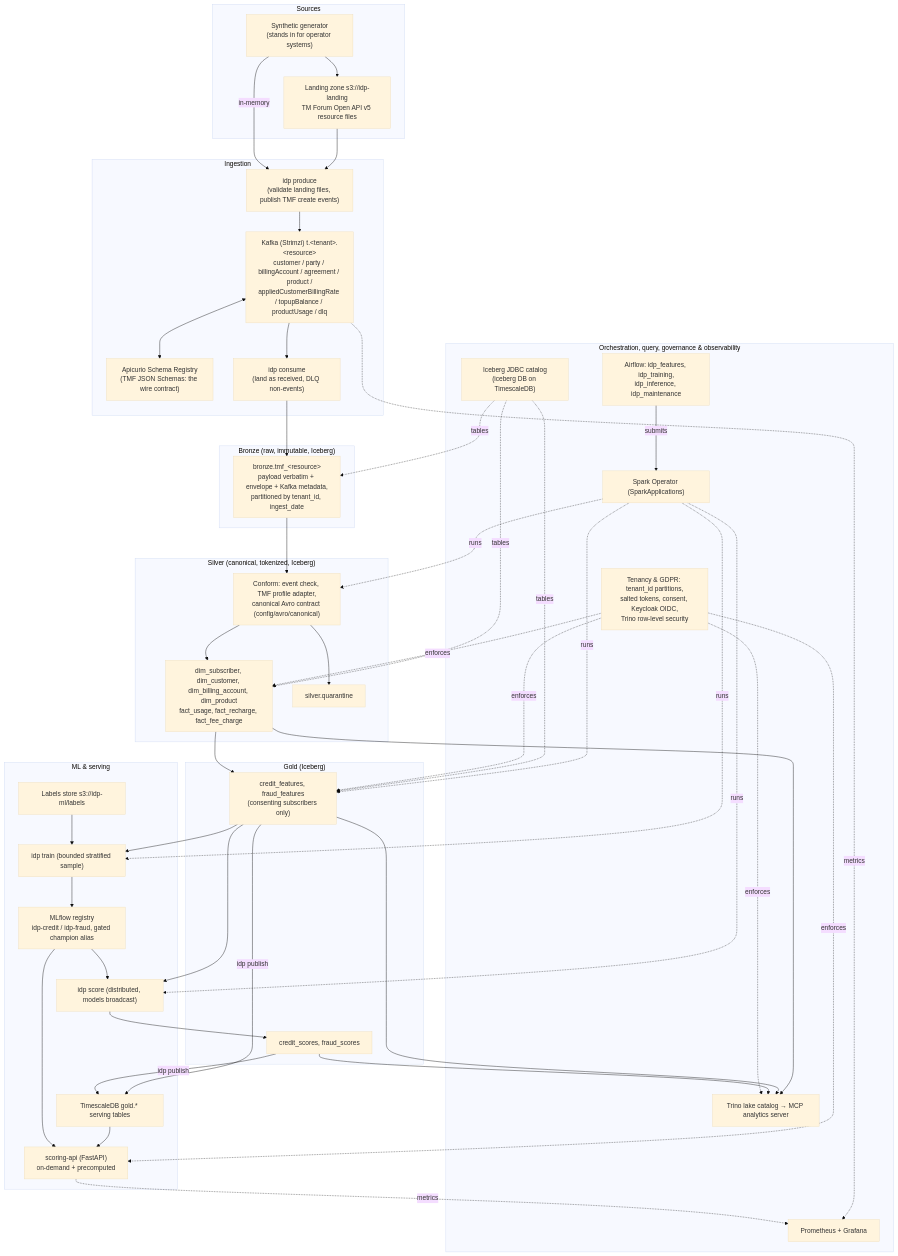
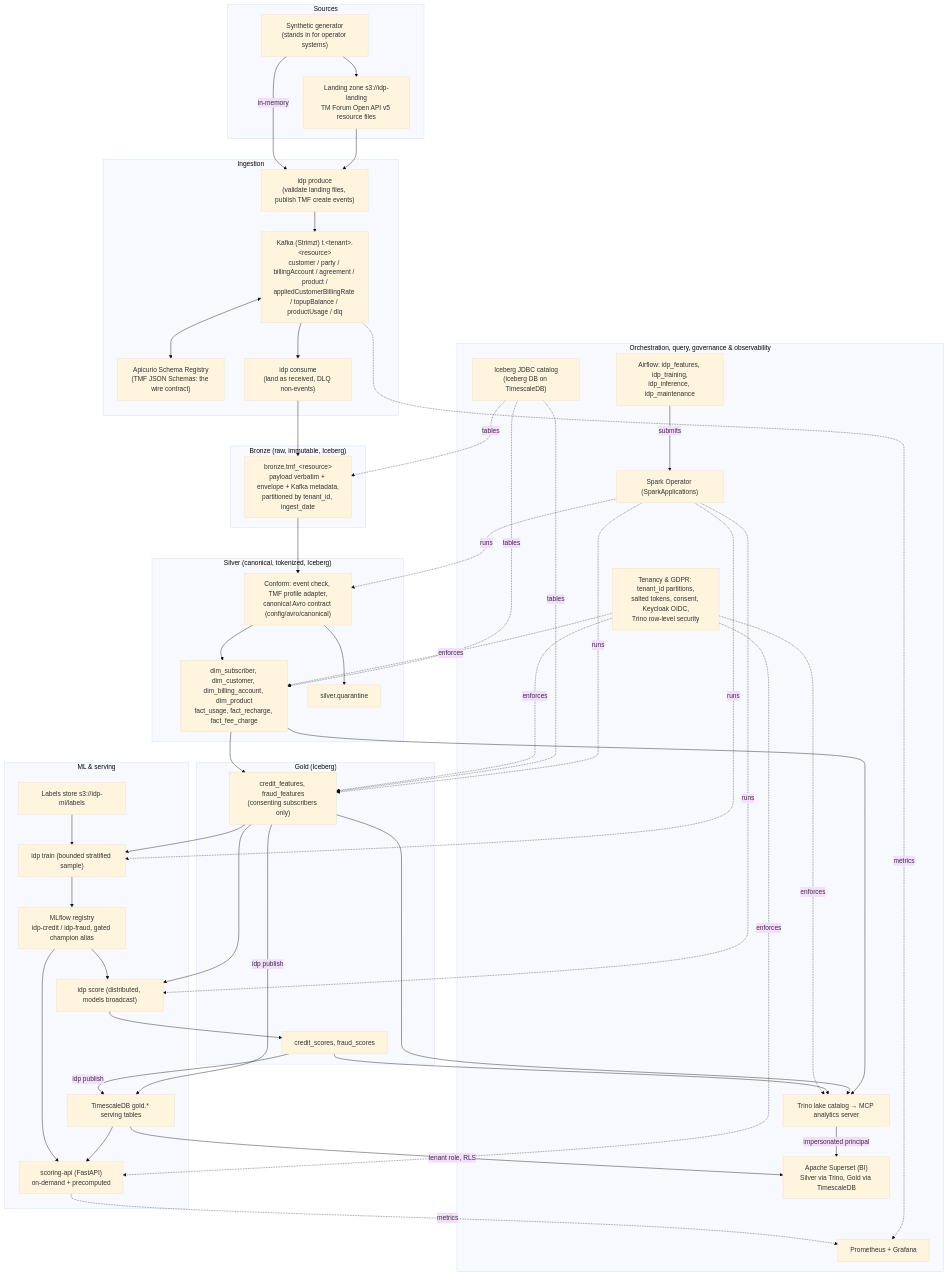
The second of 3 diagrams in README.md (vikasagarwal2485/intelligent_data_platform), drawn with Mermaid (base theme) before and after one commit. The commit also changed other lines of this file and 1 other file, not shown here.

Commit message:
Superset

````diff
--- a/README.md
+++ b/README.md
@@ -154,67 +156,70 @@
 ```mermaid
 flowchart TB
 
     subgraph SRC["Sources"]
         SYN["Synthetic generator<br/>(stands in for operator systems)"]
         LAND["Landing zone s3://idp-landing<br/>TM Forum Open API v5 resource files"]
     end
 
     subgraph ING["Ingestion"]
         PROD["idp produce<br/>(validate landing files, publish TMF create events)"]
         KAFKA["Kafka (Strimzi) t.&lt;tenant&gt;.&lt;resource&gt;<br/>customer / party / billingAccount / agreement / product /<br/>appliedCustomerBillingRate / topupBalance / productUsage / dlq"]
         SR["Apicurio Schema Registry<br/>(TMF JSON Schemas: the wire contract)"]
         CONS["idp consume<br/>(land as received, DLQ non-events)"]
     end
 
     subgraph BRONZE["Bronze (raw, immutable, Iceberg)"]
         B["bronze.tmf_&lt;resource&gt;<br/>payload verbatim + envelope + Kafka metadata,<br/>partitioned by tenant_id, ingest_date"]
     end
 
     subgraph SILVER["Silver (canonical, tokenized, Iceberg)"]
         CONF["Conform: event check, TMF profile adapter,<br/>canonical Avro contract (config/avro/canonical)"]
         S["dim_subscriber, dim_customer, dim_billing_account, dim_product<br/>fact_usage, fact_recharge, fact_fee_charge"]
         Q["silver.quarantine"]
     end
 
     subgraph GOLD["Gold (Iceberg)"]
         G1["credit_features, fraud_features<br/>(consenting subscribers only)"]
         G2["credit_scores, fraud_scores"]
     end
 
     subgraph ML["ML & serving"]
         LBL["Labels store s3://idp-ml/labels"]
         TRAIN["idp train (bounded stratified sample)"]
         REG["MLflow registry<br/>idp-credit / idp-fraud, gated champion alias"]
         SCORE["idp score (distributed, models broadcast)"]
         TS["TimescaleDB gold.* serving tables"]
         API["scoring-api (FastAPI)<br/>on-demand + precomputed"]
     end
 
     subgraph OPS["Orchestration, query, governance & observability"]
         AF["Airflow: idp_features, idp_training,<br/>idp_inference, idp_maintenance"]
         SPK["Spark Operator (SparkApplications)"]
         CAT["Iceberg JDBC catalog<br/>(iceberg DB on TimescaleDB)"]
         TR["Trino lake catalog → MCP analytics server"]
+        SUP["Apache Superset (BI)<br/>Silver via Trino, Gold via TimescaleDB"]
         GOV["Tenancy & GDPR: tenant_id partitions,<br/>salted tokens, consent, Keycloak OIDC,<br/>Trino row-level security"]
         MON["Prometheus + Grafana"]
     end
 
     SYN --> LAND --> PROD
     SYN -->|in-memory| PROD
     PROD --> KAFKA
     KAFKA <--> SR
     KAFKA --> CONS --> B
     B --> CONF --> S
     CONF --> Q
     S --> G1
     G1 & LBL --> TRAIN --> REG
     G1 & REG --> SCORE --> G2
     G1 & G2 -->|idp publish| TS
     TS & REG --> API
     S & G1 & G2 --> TR
+    TR -->|impersonated principal| SUP
+    TS -->|tenant role, RLS| SUP
     AF -->|submits| SPK
     SPK -.runs.-> CONF & G1 & TRAIN & SCORE
     CAT -.tables.-> B & S & G1
     GOV -.enforces.-> S & G1 & TR & API
     KAFKA & API -.metrics.-> MON
 ```
````
